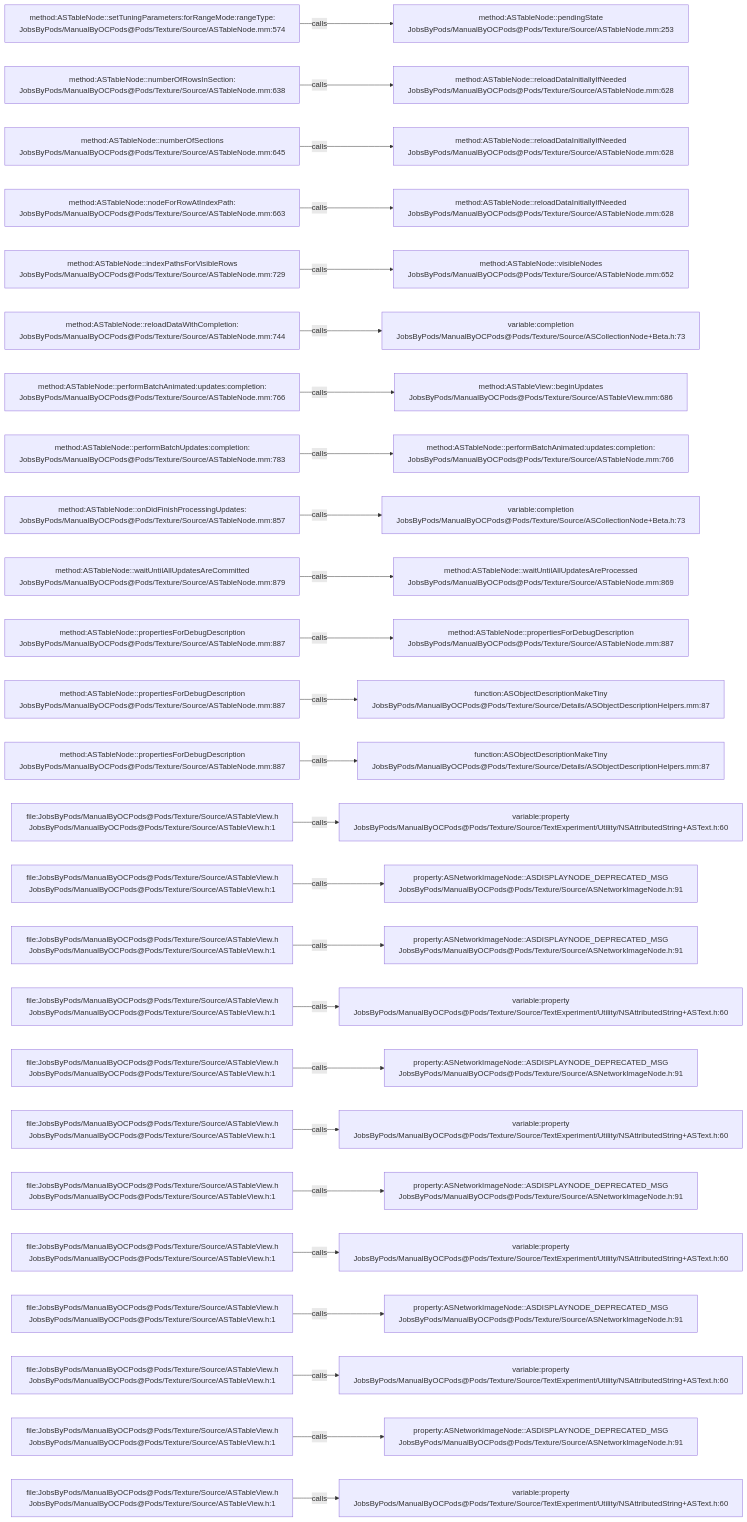
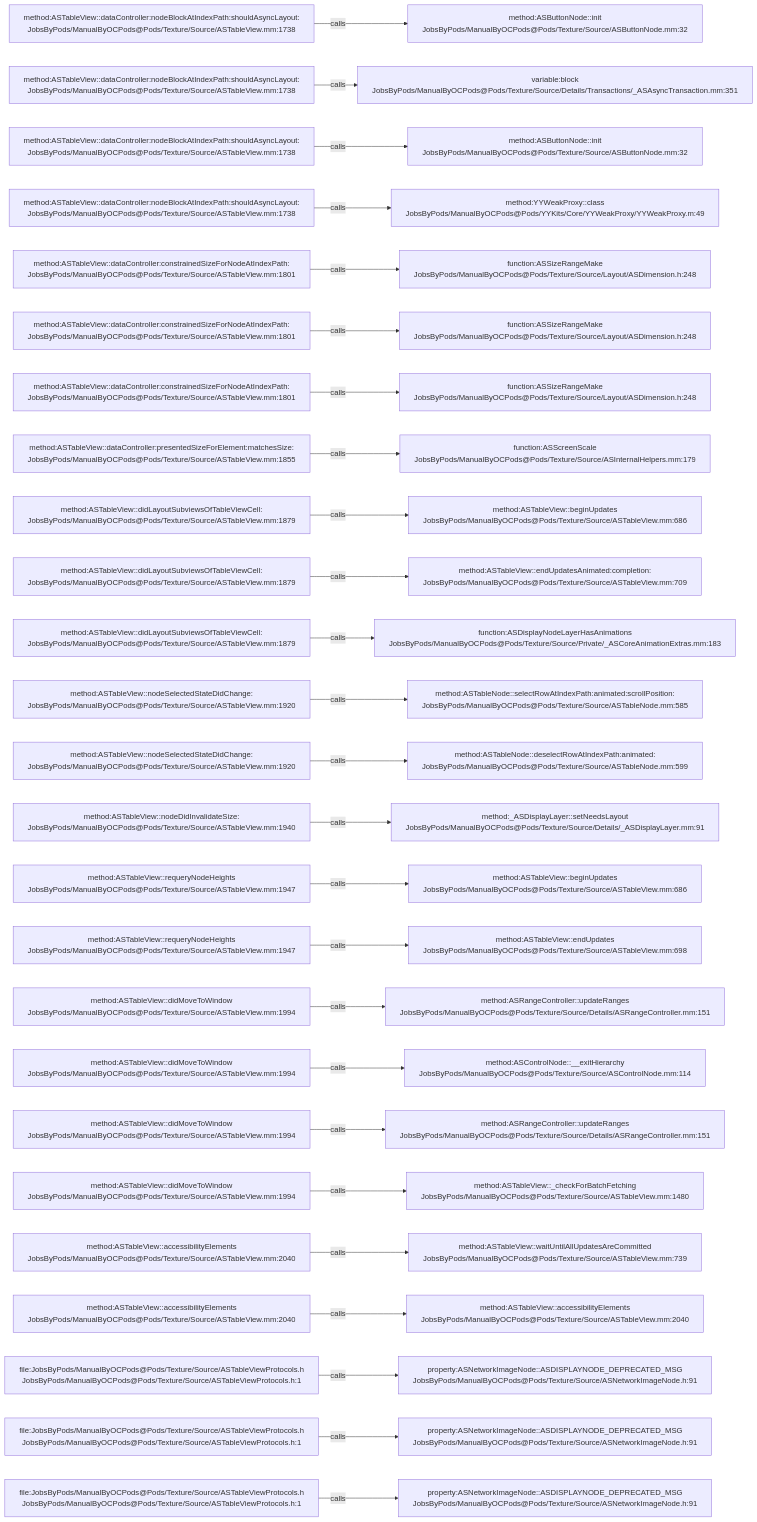
The diagram in .codegraph/codegraph.md/graphs/calls-116.md (JobsKits/JobsOCBaseConfigDemo), drawn with Mermaid before and after one commit. The commit also changed 2723 other files, not shown here.

````diff
--- a/.codegraph/codegraph.md/graphs/calls-116.md
+++ b/.codegraph/codegraph.md/graphs/calls-116.md
@@ -13,78 +13,78 @@
 ```mermaid
 flowchart LR
-  S1["method:ASTableNode::setTuningParameters:forRangeMode:rangeType:<br/>JobsByPods/ManualByOCPods@Pods/Texture/Source/ASTableNode.mm:574"]
-  T1["method:ASTableNode::pendingState<br/>JobsByPods/ManualByOCPods@Pods/Texture/Source/ASTableNode.mm:253"]
+  S1["method:ASTableView::dataController:nodeBlockAtIndexPath:shouldAsyncLayout:<br/>JobsByPods/ManualByOCPods@Pods/Texture/Source/ASTableView.mm:1738"]
+  T1["method:ASButtonNode::init<br/>JobsByPods/ManualByOCPods@Pods/Texture/Source/ASButtonNode.mm:32"]
   S1 -->|calls| T1
-  S2["method:ASTableNode::numberOfRowsInSection:<br/>JobsByPods/ManualByOCPods@Pods/Texture/Source/ASTableNode.mm:638"]
-  T2["method:ASTableNode::reloadDataInitiallyIfNeeded<br/>JobsByPods/ManualByOCPods@Pods/Texture/Source/ASTableNode.mm:628"]
+  S2["method:ASTableView::dataController:nodeBlockAtIndexPath:shouldAsyncLayout:<br/>JobsByPods/ManualByOCPods@Pods/Texture/Source/ASTableView.mm:1738"]
+  T2["variable:block<br/>JobsByPods/ManualByOCPods@Pods/Texture/Source/Details/Transactions/_ASAsyncTransaction.mm:351"]
   S2 -->|calls| T2
-  S3["method:ASTableNode::numberOfSections<br/>JobsByPods/ManualByOCPods@Pods/Texture/Source/ASTableNode.mm:645"]
-  T3["method:ASTableNode::reloadDataInitiallyIfNeeded<br/>JobsByPods/ManualByOCPods@Pods/Texture/Source/ASTableNode.mm:628"]
+  S3["method:ASTableView::dataController:nodeBlockAtIndexPath:shouldAsyncLayout:<br/>JobsByPods/ManualByOCPods@Pods/Texture/Source/ASTableView.mm:1738"]
+  T3["method:ASButtonNode::init<br/>JobsByPods/ManualByOCPods@Pods/Texture/Source/ASButtonNode.mm:32"]
   S3 -->|calls| T3
-  S4["method:ASTableNode::nodeForRowAtIndexPath:<br/>JobsByPods/ManualByOCPods@Pods/Texture/Source/ASTableNode.mm:663"]
-  T4["method:ASTableNode::reloadDataInitiallyIfNeeded<br/>JobsByPods/ManualByOCPods@Pods/Texture/Source/ASTableNode.mm:628"]
+  S4["method:ASTableView::dataController:nodeBlockAtIndexPath:shouldAsyncLayout:<br/>JobsByPods/ManualByOCPods@Pods/Texture/Source/ASTableView.mm:1738"]
+  T4["method:YYWeakProxy::class<br/>JobsByPods/ManualByOCPods@Pods/YYKits/Core/YYWeakProxy/YYWeakProxy.m:49"]
   S4 -->|calls| T4
-  S5["method:ASTableNode::indexPathsForVisibleRows<br/>JobsByPods/ManualByOCPods@Pods/Texture/Source/ASTableNode.mm:729"]
-  T5["method:ASTableNode::visibleNodes<br/>JobsByPods/ManualByOCPods@Pods/Texture/Source/ASTableNode.mm:652"]
+  S5["method:ASTableView::dataController:constrainedSizeForNodeAtIndexPath:<br/>JobsByPods/ManualByOCPods@Pods/Texture/Source/ASTableView.mm:1801"]
+  T5["function:ASSizeRangeMake<br/>JobsByPods/ManualByOCPods@Pods/Texture/Source/Layout/ASDimension.h:248"]
   S5 -->|calls| T5
-  S6["method:ASTableNode::reloadDataWithCompletion:<br/>JobsByPods/ManualByOCPods@Pods/Texture/Source/ASTableNode.mm:744"]
-  T6["variable:completion<br/>JobsByPods/ManualByOCPods@Pods/Texture/Source/ASCollectionNode+Beta.h:73"]
+  S6["method:ASTableView::dataController:constrainedSizeForNodeAtIndexPath:<br/>JobsByPods/ManualByOCPods@Pods/Texture/Source/ASTableView.mm:1801"]
+  T6["function:ASSizeRangeMake<br/>JobsByPods/ManualByOCPods@Pods/Texture/Source/Layout/ASDimension.h:248"]
   S6 -->|calls| T6
-  S7["method:ASTableNode::performBatchAnimated:updates:completion:<br/>JobsByPods/ManualByOCPods@Pods/Texture/Source/ASTableNode.mm:766"]
-  T7["method:ASTableView::beginUpdates<br/>JobsByPods/ManualByOCPods@Pods/Texture/Source/ASTableView.mm:686"]
+  S7["method:ASTableView::dataController:constrainedSizeForNodeAtIndexPath:<br/>JobsByPods/ManualByOCPods@Pods/Texture/Source/ASTableView.mm:1801"]
+  T7["function:ASSizeRangeMake<br/>JobsByPods/ManualByOCPods@Pods/Texture/Source/Layout/ASDimension.h:248"]
   S7 -->|calls| T7
-  S8["method:ASTableNode::performBatchUpdates:completion:<br/>JobsByPods/ManualByOCPods@Pods/Texture/Source/ASTableNode.mm:783"]
-  T8["method:ASTableNode::performBatchAnimated:updates:completion:<br/>JobsByPods/ManualByOCPods@Pods/Texture/Source/ASTableNode.mm:766"]
+  S8["method:ASTableView::dataController:presentedSizeForElement:matchesSize:<br/>JobsByPods/ManualByOCPods@Pods/Texture/Source/ASTableView.mm:1855"]
+  T8["function:ASScreenScale<br/>JobsByPods/ManualByOCPods@Pods/Texture/Source/ASInternalHelpers.mm:179"]
   S8 -->|calls| T8
-  S9["method:ASTableNode::onDidFinishProcessingUpdates:<br/>JobsByPods/ManualByOCPods@Pods/Texture/Source/ASTableNode.mm:857"]
-  T9["variable:completion<br/>JobsByPods/ManualByOCPods@Pods/Texture/Source/ASCollectionNode+Beta.h:73"]
+  S9["method:ASTableView::didLayoutSubviewsOfTableViewCell:<br/>JobsByPods/ManualByOCPods@Pods/Texture/Source/ASTableView.mm:1879"]
+  T9["method:ASTableView::beginUpdates<br/>JobsByPods/ManualByOCPods@Pods/Texture/Source/ASTableView.mm:686"]
   S9 -->|calls| T9
-  S10["method:ASTableNode::waitUntilAllUpdatesAreCommitted<br/>JobsByPods/ManualByOCPods@Pods/Texture/Source/ASTableNode.mm:879"]
-  T10["method:ASTableNode::waitUntilAllUpdatesAreProcessed<br/>JobsByPods/ManualByOCPods@Pods/Texture/Source/ASTableNode.mm:869"]
+  S10["method:ASTableView::didLayoutSubviewsOfTableViewCell:<br/>JobsByPods/ManualByOCPods@Pods/Texture/Source/ASTableView.mm:1879"]
+  T10["method:ASTableView::endUpdatesAnimated:completion:<br/>JobsByPods/ManualByOCPods@Pods/Texture/Source/ASTableView.mm:709"]
   S10 -->|calls| T10
-  S11["method:ASTableNode::propertiesForDebugDescription<br/>JobsByPods/ManualByOCPods@Pods/Texture/Source/ASTableNode.mm:887"]
-  T11["method:ASTableNode::propertiesForDebugDescription<br/>JobsByPods/ManualByOCPods@Pods/Texture/Source/ASTableNode.mm:887"]
+  S11["method:ASTableView::didLayoutSubviewsOfTableViewCell:<br/>JobsByPods/ManualByOCPods@Pods/Texture/Source/ASTableView.mm:1879"]
+  T11["function:ASDisplayNodeLayerHasAnimations<br/>JobsByPods/ManualByOCPods@Pods/Texture/Source/Private/_ASCoreAnimationExtras.mm:183"]
   S11 -->|calls| T11
-  S12["method:ASTableNode::propertiesForDebugDescription<br/>JobsByPods/ManualByOCPods@Pods/Texture/Source/ASTableNode.mm:887"]
-  T12["function:ASObjectDescriptionMakeTiny<br/>JobsByPods/ManualByOCPods@Pods/Texture/Source/Details/ASObjectDescriptionHelpers.mm:87"]
+  S12["method:ASTableView::nodeSelectedStateDidChange:<br/>JobsByPods/ManualByOCPods@Pods/Texture/Source/ASTableView.mm:1920"]
+  T12["method:ASTableNode::selectRowAtIndexPath:animated:scrollPosition:<br/>JobsByPods/ManualByOCPods@Pods/Texture/Source/ASTableNode.mm:585"]
   S12 -->|calls| T12
-  S13["method:ASTableNode::propertiesForDebugDescription<br/>JobsByPods/ManualByOCPods@Pods/Texture/Source/ASTableNode.mm:887"]
-  T13["function:ASObjectDescriptionMakeTiny<br/>JobsByPods/ManualByOCPods@Pods/Texture/Source/Details/ASObjectDescriptionHelpers.mm:87"]
+  S13["method:ASTableView::nodeSelectedStateDidChange:<br/>JobsByPods/ManualByOCPods@Pods/Texture/Source/ASTableView.mm:1920"]
+  T13["method:ASTableNode::deselectRowAtIndexPath:animated:<br/>JobsByPods/ManualByOCPods@Pods/Texture/Source/ASTableNode.mm:599"]
   S13 -->|calls| T13
-  S14["file:JobsByPods/ManualByOCPods@Pods/Texture/Source/ASTableView.h<br/>JobsByPods/ManualByOCPods@Pods/Texture/Source/ASTableView.h:1"]
-  T14["variable:property<br/>JobsByPods/ManualByOCPods@Pods/Texture/Source/TextExperiment/Utility/NSAttributedString+ASText.h:60"]
+  S14["method:ASTableView::nodeDidInvalidateSize:<br/>JobsByPods/ManualByOCPods@Pods/Texture/Source/ASTableView.mm:1940"]
+  T14["method:_ASDisplayLayer::setNeedsLayout<br/>JobsByPods/ManualByOCPods@Pods/Texture/Source/Details/_ASDisplayLayer.mm:91"]
   S14 -->|calls| T14
-  S15["file:JobsByPods/ManualByOCPods@Pods/Texture/Source/ASTableView.h<br/>JobsByPods/ManualByOCPods@Pods/Texture/Source/ASTableView.h:1"]
-  T15["property:ASNetworkImageNode::ASDISPLAYNODE_DEPRECATED_MSG<br/>JobsByPods/ManualByOCPods@Pods/Texture/Source/ASNetworkImageNode.h:91"]
+  S15["method:ASTableView::requeryNodeHeights<br/>JobsByPods/ManualByOCPods@Pods/Texture/Source/ASTableView.mm:1947"]
+  T15["method:ASTableView::beginUpdates<br/>JobsByPods/ManualByOCPods@Pods/Texture/Source/ASTableView.mm:686"]
   S15 -->|calls| T15
-  S16["file:JobsByPods/ManualByOCPods@Pods/Texture/Source/ASTableView.h<br/>JobsByPods/ManualByOCPods@Pods/Texture/Source/ASTableView.h:1"]
-  T16["property:ASNetworkImageNode::ASDISPLAYNODE_DEPRECATED_MSG<br/>JobsByPods/ManualByOCPods@Pods/Texture/Source/ASNetworkImageNode.h:91"]
+  S16["method:ASTableView::requeryNodeHeights<br/>JobsByPods/ManualByOCPods@Pods/Texture/Source/ASTableView.mm:1947"]
+  T16["method:ASTableView::endUpdates<br/>JobsByPods/ManualByOCPods@Pods/Texture/Source/ASTableView.mm:698"]
   S16 -->|calls| T16
-  S17["file:JobsByPods/ManualByOCPods@Pods/Texture/Source/ASTableView.h<br/>JobsByPods/ManualByOCPods@Pods/Texture/Source/ASTableView.h:1"]
-  T17["variable:property<br/>JobsByPods/ManualByOCPods@Pods/Texture/Source/TextExperiment/Utility/NSAttributedString+ASText.h:60"]
+  S17["method:ASTableView::didMoveToWindow<br/>JobsByPods/ManualByOCPods@Pods/Texture/Source/ASTableView.mm:1994"]
+  T17["method:ASRangeController::updateRanges<br/>JobsByPods/ManualByOCPods@Pods/Texture/Source/Details/ASRangeController.mm:151"]
   S17 -->|calls| T17
-  S18["file:JobsByPods/ManualByOCPods@Pods/Texture/Source/ASTableView.h<br/>JobsByPods/ManualByOCPods@Pods/Texture/Source/ASTableView.h:1"]
-  T18["property:ASNetworkImageNode::ASDISPLAYNODE_DEPRECATED_MSG<br/>JobsByPods/ManualByOCPods@Pods/Texture/Source/ASNetworkImageNode.h:91"]
+  S18["method:ASTableView::didMoveToWindow<br/>JobsByPods/ManualByOCPods@Pods/Texture/Source/ASTableView.mm:1994"]
+  T18["method:ASControlNode::__exitHierarchy<br/>JobsByPods/ManualByOCPods@Pods/Texture/Source/ASControlNode.mm:114"]
   S18 -->|calls| T18
-  S19["file:JobsByPods/ManualByOCPods@Pods/Texture/Source/ASTableView.h<br/>JobsByPods/ManualByOCPods@Pods/Texture/Source/ASTableView.h:1"]
-  T19["variable:property<br/>JobsByPods/ManualByOCPods@Pods/Texture/Source/TextExperiment/Utility/NSAttributedString+ASText.h:60"]
+  S19["method:ASTableView::didMoveToWindow<br/>JobsByPods/ManualByOCPods@Pods/Texture/Source/ASTableView.mm:1994"]
+  T19["method:ASRangeController::updateRanges<br/>JobsByPods/ManualByOCPods@Pods/Texture/Source/Details/ASRangeController.mm:151"]
   S19 -->|calls| T19
-  S20["file:JobsByPods/ManualByOCPods@Pods/Texture/Source/ASTableView.h<br/>JobsByPods/ManualByOCPods@Pods/Texture/Source/ASTableView.h:1"]
-  T20["property:ASNetworkImageNode::ASDISPLAYNODE_DEPRECATED_MSG<br/>JobsByPods/ManualByOCPods@Pods/Texture/Source/ASNetworkImageNode.h:91"]
+  S20["method:ASTableView::didMoveToWindow<br/>JobsByPods/ManualByOCPods@Pods/Texture/Source/ASTableView.mm:1994"]
+  T20["method:ASTableView::_checkForBatchFetching<br/>JobsByPods/ManualByOCPods@Pods/Texture/Source/ASTableView.mm:1480"]
   S20 -->|calls| T20
-  S21["file:JobsByPods/ManualByOCPods@Pods/Texture/Source/ASTableView.h<br/>JobsByPods/ManualByOCPods@Pods/Texture/Source/ASTableView.h:1"]
-  T21["variable:property<br/>JobsByPods/ManualByOCPods@Pods/Texture/Source/TextExperiment/Utility/NSAttributedString+ASText.h:60"]
+  S21["method:ASTableView::accessibilityElements<br/>JobsByPods/ManualByOCPods@Pods/Texture/Source/ASTableView.mm:2040"]
+  T21["method:ASTableView::waitUntilAllUpdatesAreCommitted<br/>JobsByPods/ManualByOCPods@Pods/Texture/Source/ASTableView.mm:739"]
   S21 -->|calls| T21
-  S22["file:JobsByPods/ManualByOCPods@Pods/Texture/Source/ASTableView.h<br/>JobsByPods/ManualByOCPods@Pods/Texture/Source/ASTableView.h:1"]
-  T22["property:ASNetworkImageNode::ASDISPLAYNODE_DEPRECATED_MSG<br/>JobsByPods/ManualByOCPods@Pods/Texture/Source/ASNetworkImageNode.h:91"]
+  S22["method:ASTableView::accessibilityElements<br/>JobsByPods/ManualByOCPods@Pods/Texture/Source/ASTableView.mm:2040"]
+  T22["method:ASTableView::accessibilityElements<br/>JobsByPods/ManualByOCPods@Pods/Texture/Source/ASTableView.mm:2040"]
   S22 -->|calls| T22
-  S23["file:JobsByPods/ManualByOCPods@Pods/Texture/Source/ASTableView.h<br/>JobsByPods/ManualByOCPods@Pods/Texture/Source/ASTableView.h:1"]
-  T23["variable:property<br/>JobsByPods/ManualByOCPods@Pods/Texture/Source/TextExperiment/Utility/NSAttributedString+ASText.h:60"]
+  S23["file:JobsByPods/ManualByOCPods@Pods/Texture/Source/ASTableViewProtocols.h<br/>JobsByPods/ManualByOCPods@Pods/Texture/Source/ASTableViewProtocols.h:1"]
+  T23["property:ASNetworkImageNode::ASDISPLAYNODE_DEPRECATED_MSG<br/>JobsByPods/ManualByOCPods@Pods/Texture/Source/ASNetworkImageNode.h:91"]
   S23 -->|calls| T23
-  S24["file:JobsByPods/ManualByOCPods@Pods/Texture/Source/ASTableView.h<br/>JobsByPods/ManualByOCPods@Pods/Texture/Source/ASTableView.h:1"]
+  S24["file:JobsByPods/ManualByOCPods@Pods/Texture/Source/ASTableViewProtocols.h<br/>JobsByPods/ManualByOCPods@Pods/Texture/Source/ASTableViewProtocols.h:1"]
   T24["property:ASNetworkImageNode::ASDISPLAYNODE_DEPRECATED_MSG<br/>JobsByPods/ManualByOCPods@Pods/Texture/Source/ASNetworkImageNode.h:91"]
   S24 -->|calls| T24
-  S25["file:JobsByPods/ManualByOCPods@Pods/Texture/Source/ASTableView.h<br/>JobsByPods/ManualByOCPods@Pods/Texture/Source/ASTableView.h:1"]
-  T25["variable:property<br/>JobsByPods/ManualByOCPods@Pods/Texture/Source/TextExperiment/Utility/NSAttributedString+ASText.h:60"]
+  S25["file:JobsByPods/ManualByOCPods@Pods/Texture/Source/ASTableViewProtocols.h<br/>JobsByPods/ManualByOCPods@Pods/Texture/Source/ASTableViewProtocols.h:1"]
+  T25["property:ASNetworkImageNode::ASDISPLAYNODE_DEPRECATED_MSG<br/>JobsByPods/ManualByOCPods@Pods/Texture/Source/ASNetworkImageNode.h:91"]
   S25 -->|calls| T25
 ```
````
